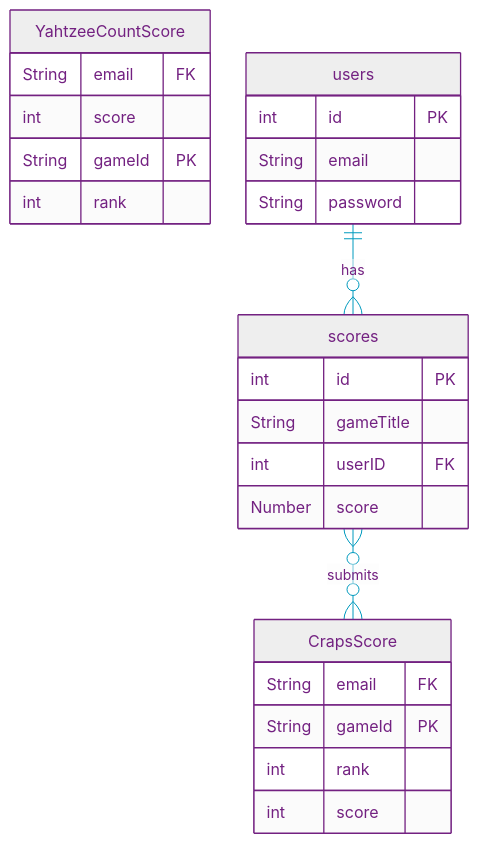
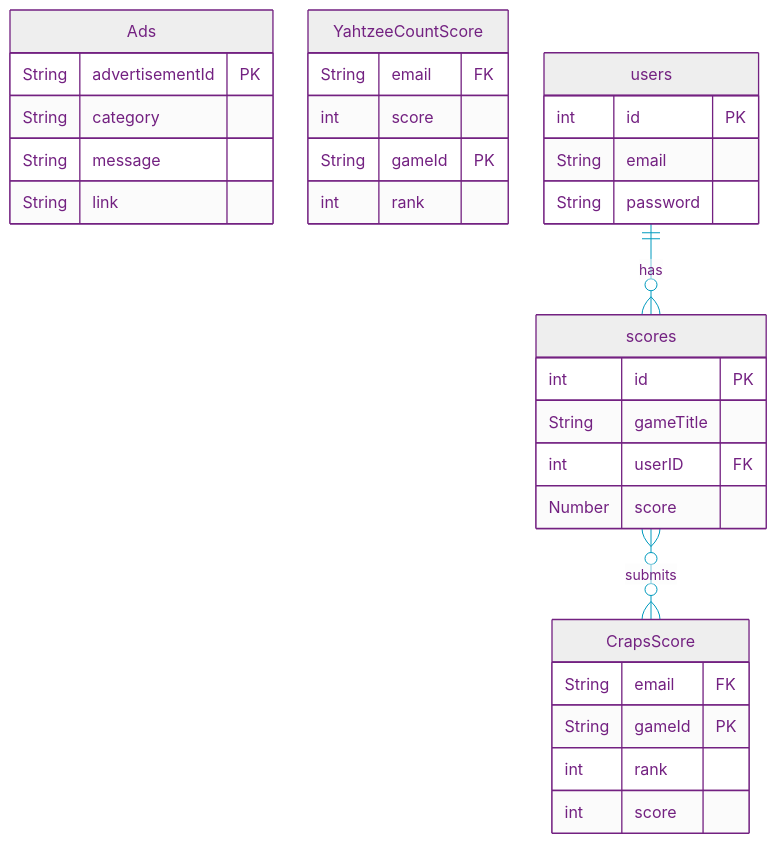
Before and after one commit to null-0ne/COSA-195-Gamehub: the diagram in uml/erd.md, drawn with Mermaid. The commit also changed 1 other file, not shown here.

Commit message:
Updated ICD to include adsFooter class and AdService class, Updated relationships in ICD

````diff
--- a/uml/erd.md
+++ b/uml/erd.md
@@ -3,51 +3,56 @@
 ```mermaid
 %%{init:{"securityLevel":"loose","layout":"elk","elk":{"nodePlacementStrategy":"NETWORK_SIMPLEX"},"theme":"base",
 "themeVariables":{"primaryColor":"#EEE","primaryTextColor":"#732181","primaryBorderColor":"#732181","lineColor":"#009ABE","noteBorderColor":"#732181","noteBkgColor":"#F38A00","activationBkgColor":"#F38A00"    }
 }}%%
 %%----------------------- MERMAID MARKUP BELOW --------------------%%
 erDiagram
 
 
 
     %% User {
     %%   String email
     %%   int score
     %%   String gameId
     %% }
 
 
 
-
+    Ads {
+      String advertisementId PK
+      String category
+      String message
+      String link
+    }
 
      YahtzeeCountScore {
        String email FK
        int score
        String gameId PK
        int rank
      }
 
      CrapsScore {
        String email FK
        String gameId PK
        int rank
        int score
      }
 
     scores {
       int id PK
       String gameTitle
       int userID FK
       Number score
     }
     users {
       int id PK
       String email
       String password
     }
 
     %% Relationships
     users ||--o{ scores : "has"
     scores }o--o{ CrapsScore : "submits"
 
 %%----------------------- MERMAID MARKUP ABOVE --------------------%%
 ```
````
